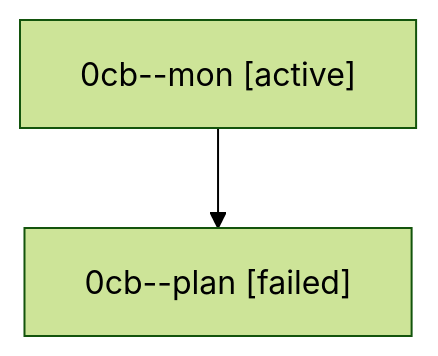
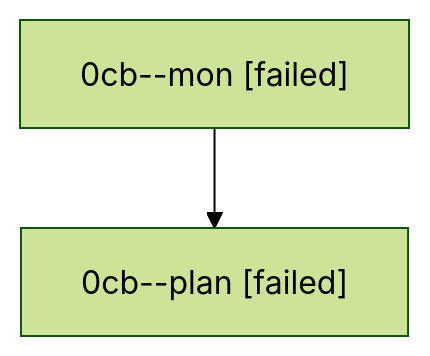
One commit to sase-org/sase--agents changed the diagram in sessions/bbugyi200.athena.0cb.md. Above: the diagram before and after it, drawn with Mermaid (forest theme). The commit also changed other lines of this file and 6 other files, not shown here.

````diff
--- a/sessions/bbugyi200.athena.0cb.md
+++ b/sessions/bbugyi200.athena.0cb.md
@@ -9,6 +9,6 @@
 ```mermaid
 flowchart TD
-  n0["0cb--mon [active]"]
+  n0["0cb--mon [failed]"]
   n1["0cb--plan [failed]"]
   n0 --> n1
 ```
````
